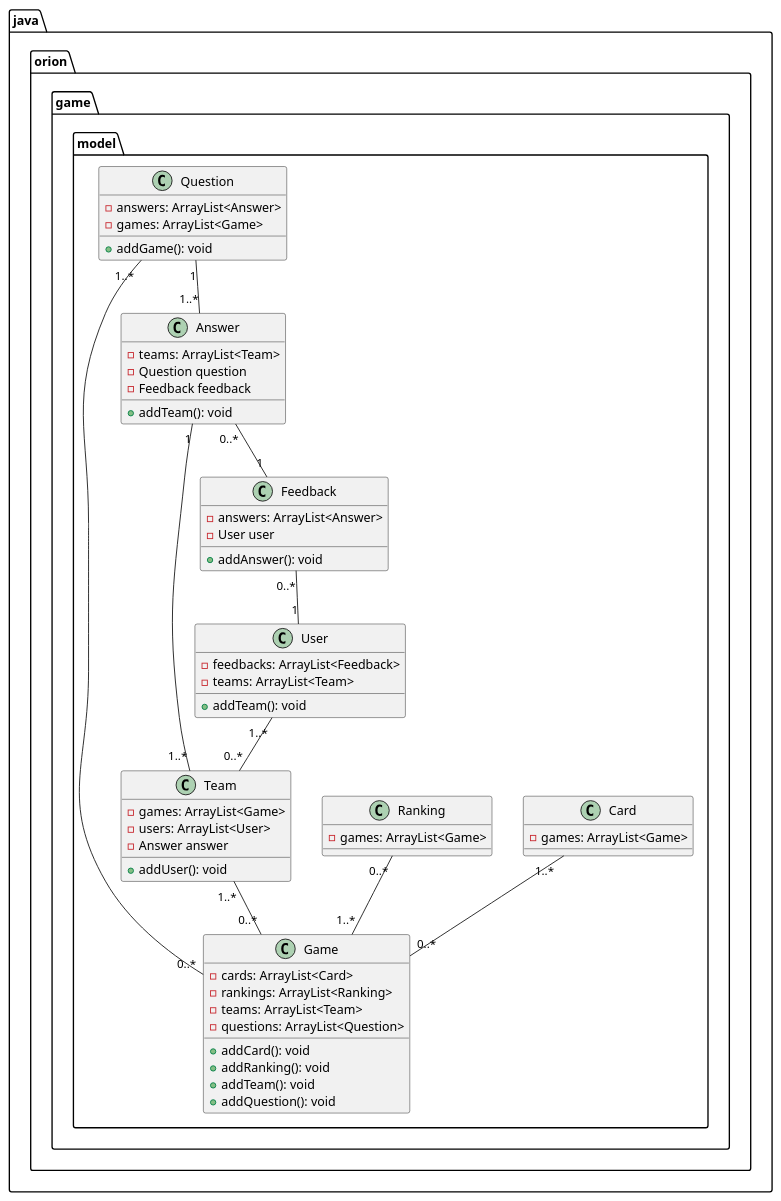
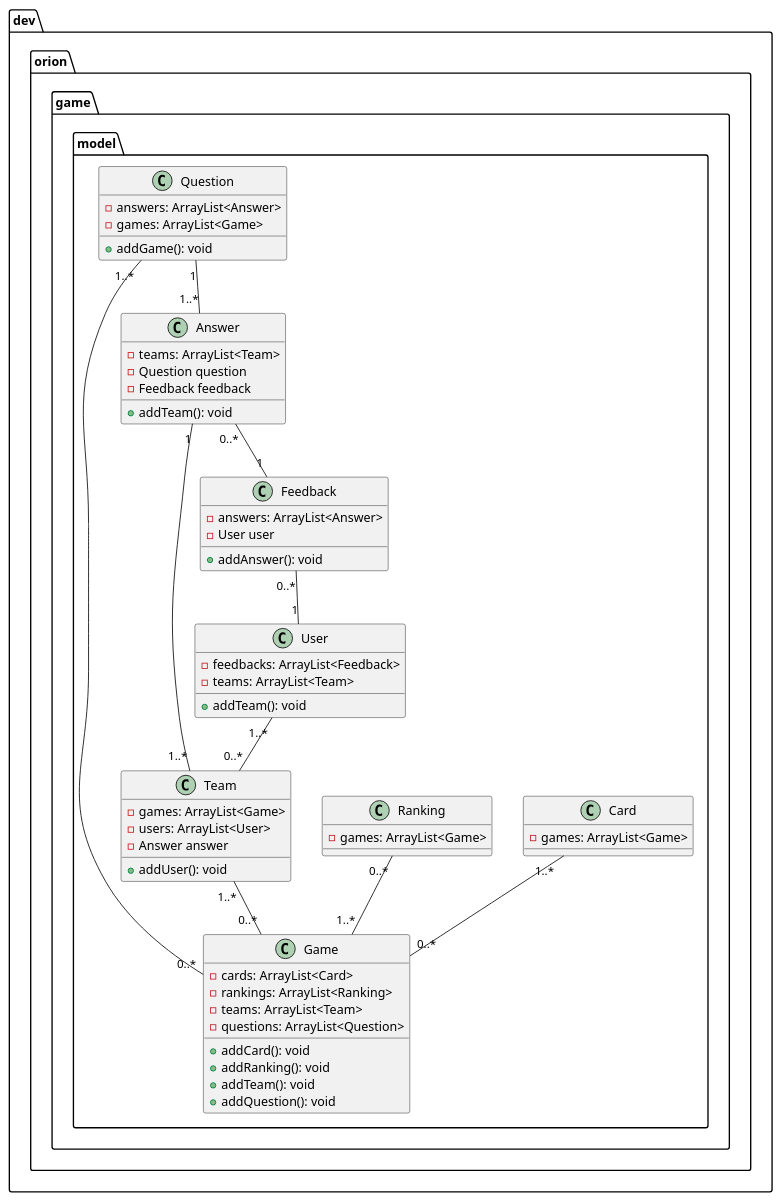
Before and after one commit to orion-services/game: the diagram in docs/uml/class.puml, drawn with PlantUML.

```diff
--- a/docs/uml/class.puml
+++ b/docs/uml/class.puml
@@ -1,65 +1,65 @@
 @startuml
 
-package java.orion.game.model {
+package dev.orion.game.model {
     class Game {
         - cards: ArrayList<Card>
         - rankings: ArrayList<Ranking>
         - teams: ArrayList<Team>
         - questions: ArrayList<Question>
         + addCard(): void
         + addRanking(): void
         + addTeam(): void
         + addQuestion(): void
     }
 
     class Team {
         -games: ArrayList<Game>
         -users: ArrayList<User>
         -Answer answer
         +addUser(): void
     }
 
     class Card {
         -games: ArrayList<Game>
     }
 
     class Ranking {
         -games: ArrayList<Game>
     }
 
     class Answer {
         -teams: ArrayList<Team>
         -Question question
         -Feedback feedback
         +addTeam(): void
     }
 
     class Feedback {
         -answers: ArrayList<Answer>
         -User user
         +addAnswer(): void
     }
 
     class User {
         -feedbacks: ArrayList<Feedback>
         -teams: ArrayList<Team>
         +addTeam(): void
     }
 
     class Question {
         -answers: ArrayList<Answer>
         -games: ArrayList<Game>
         +addGame(): void
     }
 
      Team "1..*" -- "0..*" Game
      Card "1..*" -- "0..*" Game
      Ranking "0..*" -- "1..*" Game
      Question "1..*" -- "0..*" Game
      Question "1" -- "1..*" Answer
      Answer "1" -- "1..*" Team
      Answer "0..*" -- "1" Feedback
      Feedback "0..*" -- "1" User
      User "1..*" -- "0..*" Team
 }
 @enduml
```
